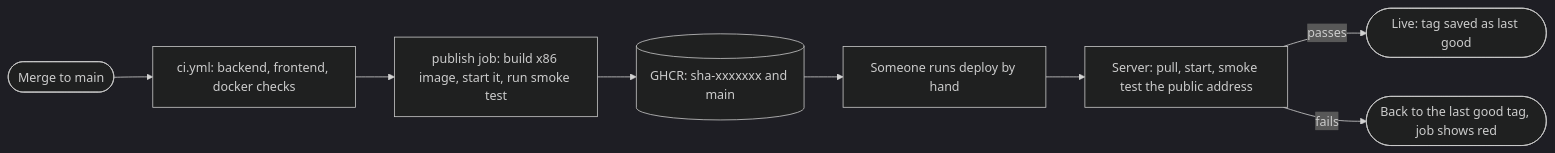
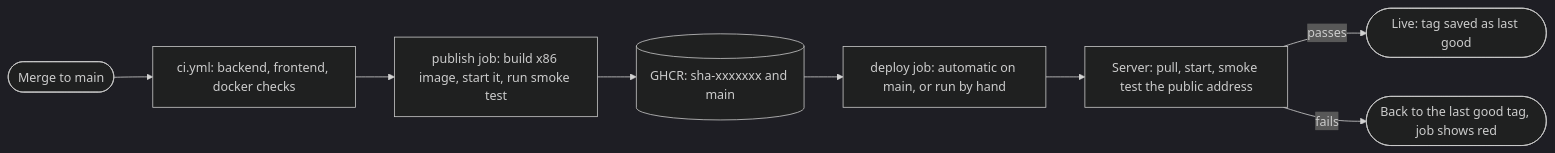
The third of 3 diagrams in README.md (alpha-beta-gamma-delta-chaky/Flood-Payout-Calculator), drawn with Mermaid (dark theme) before and after one commit. The commit also changed other lines of this file, not shown here.

````diff
--- a/README.md
+++ b/README.md
@@ -366,10 +366,10 @@
 ```mermaid
 flowchart LR
     P([Merge to main]) --> C[ci.yml: backend, frontend, docker checks]
     C --> B[publish job: build x86 image, start it, run smoke test]
     B --> R[(GHCR: sha-xxxxxxx and main)]
-    R --> D[Someone runs deploy by hand]
+    R --> D[deploy job: automatic on main, or run by hand]
     D --> S[Server: pull, start, smoke test the public address]
     S -->|passes| OK([Live: tag saved as last good])
     S -->|fails| RB([Back to the last good tag, job shows red])
 ```
````
